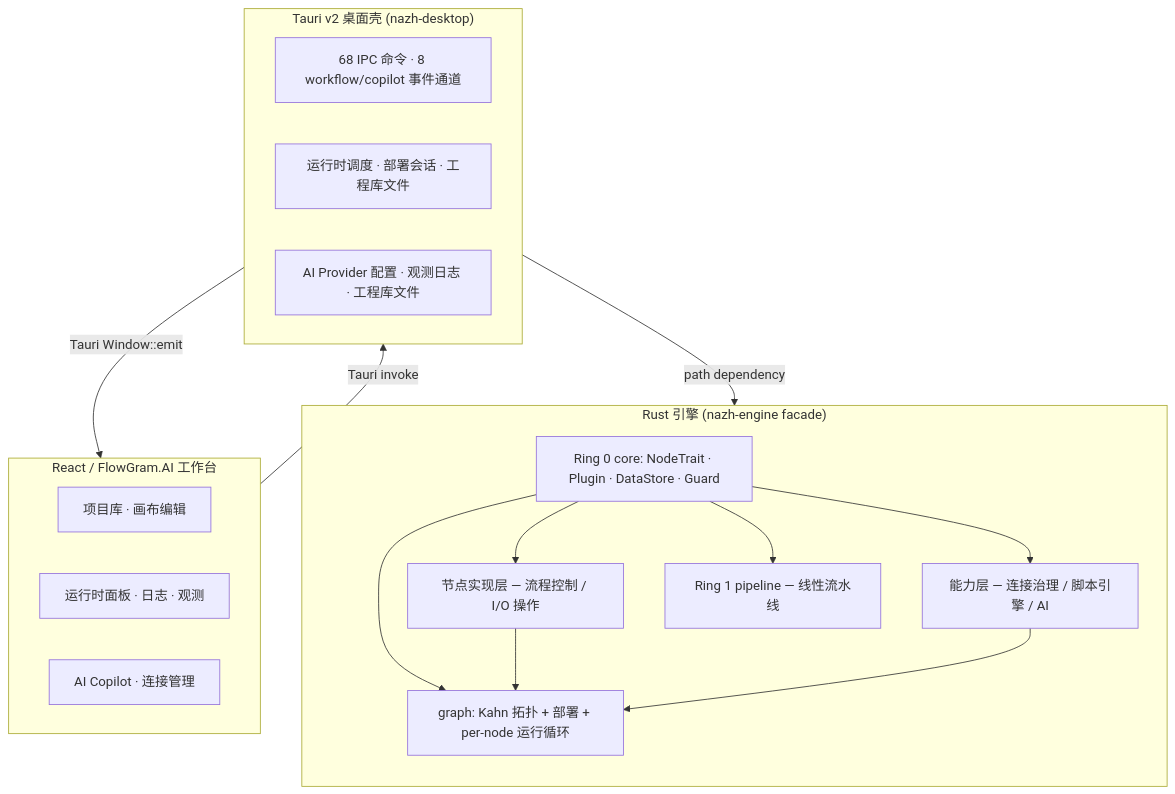
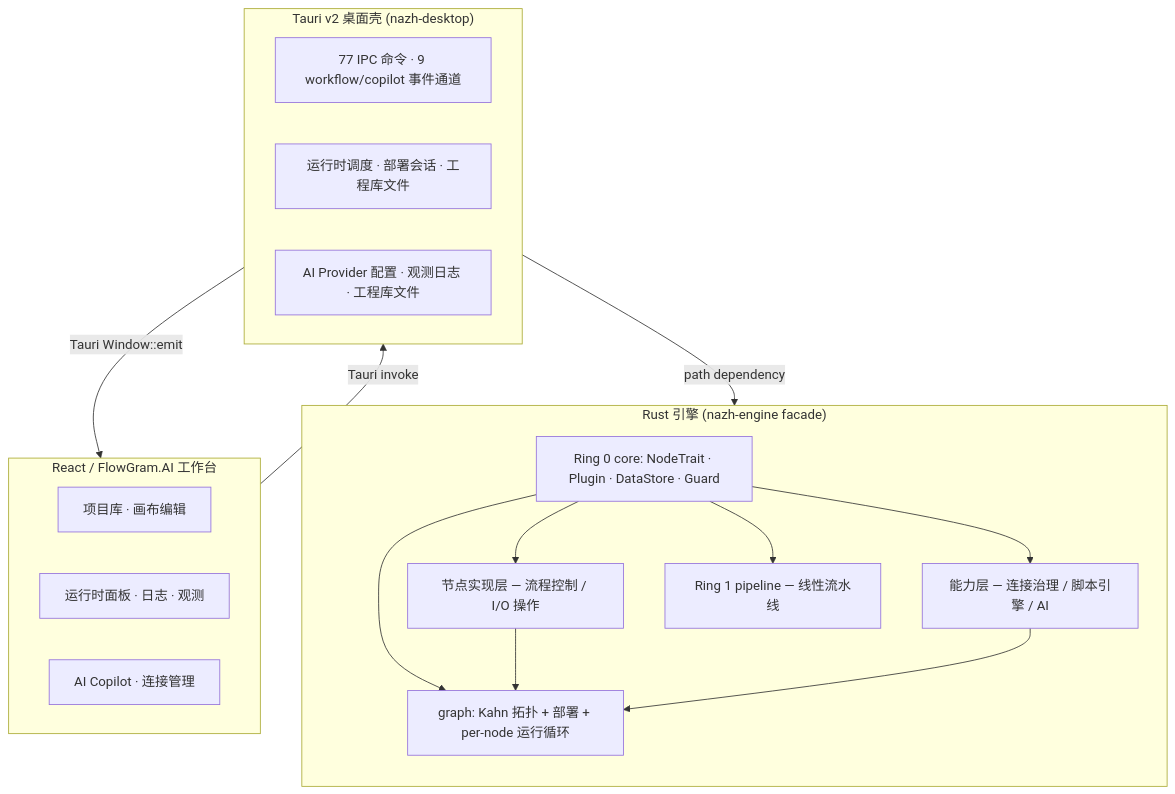
Before and after one commit to ssXue/Nazh: the diagram in README.md, drawn with Mermaid. The commit also changed other lines of this file and 54 other files, not shown here.

````diff
--- a/README.md
+++ b/README.md
@@ -47,33 +47,33 @@
 ```mermaid
 flowchart TB
     subgraph Frontend["React / FlowGram.AI 工作台"]
         F1["项目库 · 画布编辑"]
         F2["运行时面板 · 日志 · 观测"]
         F3["AI Copilot · 连接管理"]
     end
 
     subgraph Shell["Tauri v2 桌面壳 (nazh-desktop)"]
-        S1["68 IPC 命令 · 8 workflow/copilot 事件通道"]
+        S1["77 IPC 命令 · 9 workflow/copilot 事件通道"]
         S2["运行时调度 · 部署会话 · 工程库文件"]
         S3["AI Provider 配置 · 观测日志 · 工程库文件"]
     end
 
     subgraph Engine["Rust 引擎 (nazh-engine facade)"]
         direction TB
         C0["Ring 0 core: NodeTrait · Plugin · DataStore · Guard"]
         C1a["节点实现层 — 流程控制 / I/O 操作"]
         C1b["能力层 — 连接治理 / 脚本引擎 / AI"]
         C1c["Ring 1 pipeline — 线性流水线"]
         G["graph: Kahn 拓扑 + 部署 + per-node 运行循环"]
         C0 --> C1a
         C0 --> C1b
         C0 --> C1c
         C0 --> G
         C1a --> G
         C1b --> G
     end
 
     Frontend -- "Tauri invoke" --> Shell
     Shell -- "Tauri Window::emit" --> Frontend
     Shell -- "path dependency" --> Engine
 ```
````
